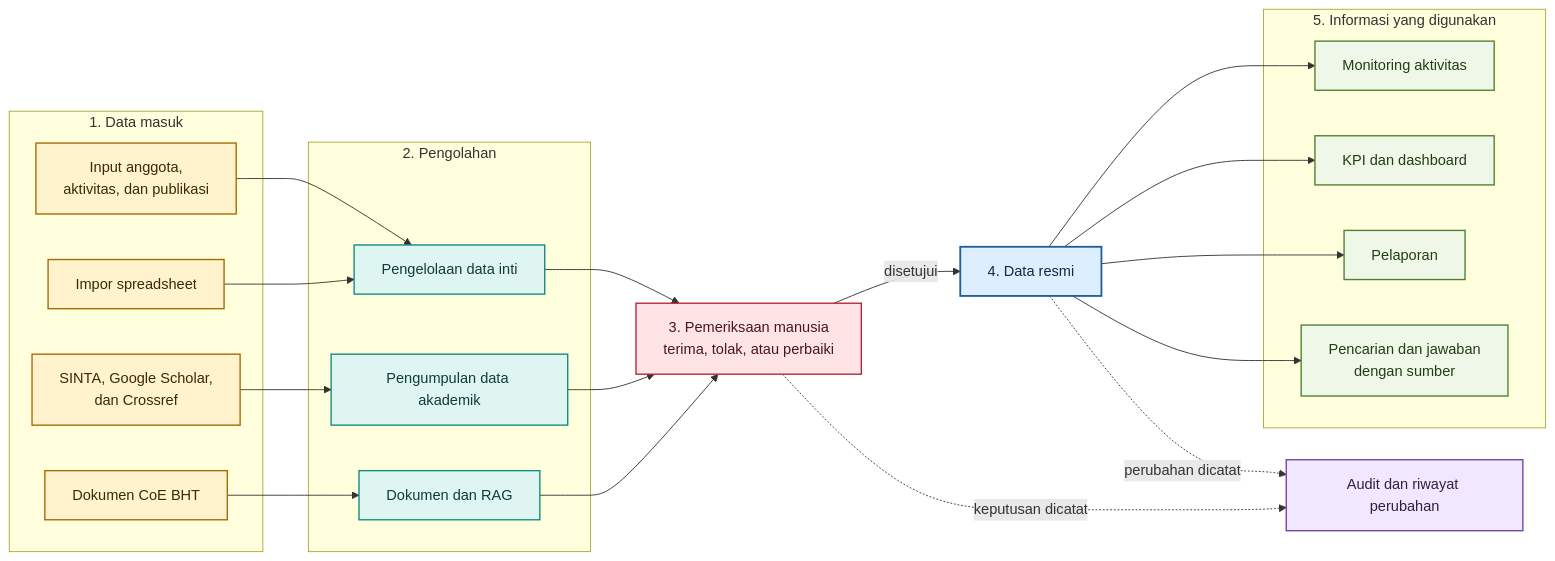
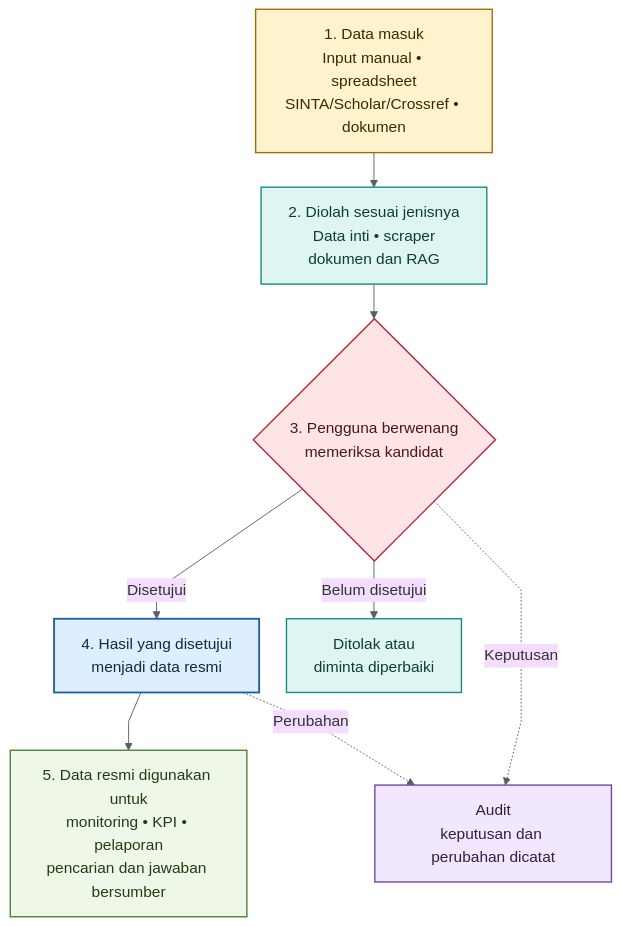
One commit to TelU-CoE-BHT-Command-Center-Internship/bht-srs changed the second of 3 diagrams in bht-nexus-srs.md. Above: the diagram before and after it, drawn with Mermaid. The commit also changed other lines of this file and 5 other files, not shown here.

````diff
--- a/bht-nexus-srs.md
+++ b/bht-nexus-srs.md
@@ -199,55 +220,33 @@
 ```mermaid
-flowchart LR
-    subgraph Input["1. Data masuk"]
-        Manual["Input anggota,<br/>aktivitas, dan publikasi"]
-        Import["Impor spreadsheet"]
-        External["SINTA, Google Scholar,<br/>dan Crossref"]
-        Document["Dokumen CoE BHT"]
-    end
+%%{init: {"theme":"base","themeVariables":{"fontFamily":"Arial","fontSize":"17px","lineColor":"#52606D"},"flowchart":{"curve":"linear","nodeSpacing":30,"rankSpacing":38,"htmlLabels":true}}}%%
+flowchart TB
+    Input["1. Data masuk<br/>Input manual • spreadsheet<br/>SINTA/Scholar/Crossref • dokumen"]
+    Process["2. Diolah sesuai jenisnya<br/>Data inti • scraper<br/>dokumen dan RAG"]
+    Review{"3. Pengguna berwenang<br/>memeriksa kandidat"}
+    Revision["Ditolak atau<br/>diminta diperbaiki"]
+    Official["4. Hasil yang disetujui<br/>menjadi data resmi"]
+    Output["5. Data resmi digunakan untuk<br/>monitoring • KPI • pelaporan<br/>pencarian dan jawaban bersumber"]
+    Audit["Audit<br/>keputusan dan perubahan dicatat"]
 
-    subgraph Process["2. Pengolahan"]
-        Core["Pengelolaan data inti"]
-        Scraper["Pengumpulan data akademik"]
-        RAG["Dokumen dan RAG"]
-    end
-
-    Review["3. Pemeriksaan manusia<br/>terima, tolak, atau perbaiki"]
-    Official["4. Data resmi"]
-
-    subgraph Output["5. Informasi yang digunakan"]
-        Monitor["Monitoring aktivitas"]
-        KPI["KPI dan dashboard"]
-        Report["Pelaporan"]
-        Search["Pencarian dan jawaban<br/>dengan sumber"]
-    end
-
-    Audit["Audit dan riwayat perubahan"]
-
-    Manual --> Core
-    Import --> Core
-    External --> Scraper
-    Document --> RAG
-    Core --> Review
-    Scraper --> Review
-    RAG --> Review
-    Review -->|"disetujui"| Official
-    Official --> Monitor
-    Official --> KPI
-    Official --> Report
-    Official --> Search
-    Review -.->|"keputusan dicatat"| Audit
-    Official -.->|"perubahan dicatat"| Audit
+    Input --> Process
+    Process --> Review
+    Review -->|"Disetujui"| Official
+    Review -->|"Belum disetujui"| Revision
+    Official --> Output
+    Review -.->|"Keputusan"| Audit
+    Official -.->|"Perubahan"| Audit
 
     classDef source fill:#fff3cd,stroke:#a66a00,color:#3d2a00,stroke-width:1.5px;
     classDef process fill:#dff5f2,stroke:#138a7e,color:#103c38,stroke-width:1.5px;
     classDef decision fill:#ffe4e6,stroke:#b4233a,color:#4a1620,stroke-width:1.5px;
     classDef official fill:#dceeff,stroke:#1f5f99,color:#102a43,stroke-width:2px;
     classDef output fill:#eef7e8,stroke:#4f7f31,color:#233d16,stroke-width:1.5px;
     classDef audit fill:#f1e8ff,stroke:#6f42a8,color:#30203f,stroke-width:1.5px;
-    class Manual,Import,External,Document source;
-    class Core,Scraper,RAG process;
+    class Input source;
+    class Process process;
     class Review decision;
+    class Revision process;
     class Official official;
-    class Monitor,KPI,Report,Search output;
+    class Output output;
     class Audit audit;
 ```
````
